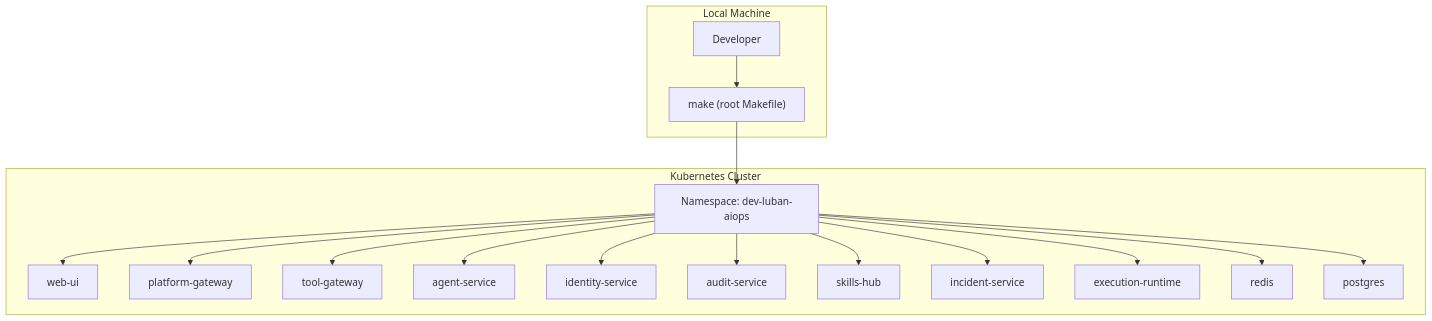
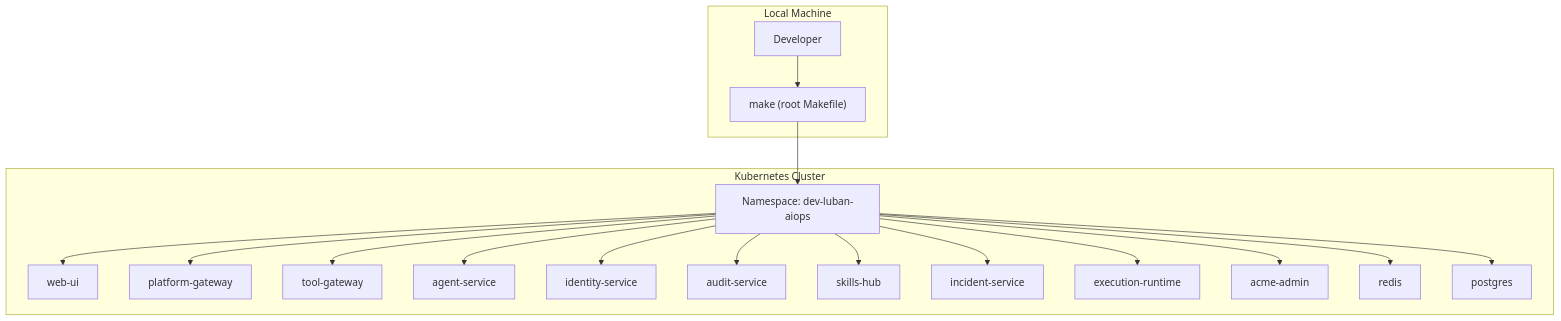
The first of 3 diagrams in .qoder/repowiki/en/content/Getting Started.md (metasync/luban-aiops), drawn with Mermaid before and after one commit. The commit also changed other lines of this file and 102 other files, not shown here.

````diff
--- a/.qoder/repowiki/en/content/Getting Started.md
+++ b/.qoder/repowiki/en/content/Getting Started.md
@@ -35,34 +57,36 @@
 ```mermaid
 graph TB
 subgraph "Local Machine"
 DEV["Developer"]
 MK["make (root Makefile)"]
 end
 subgraph "Kubernetes Cluster"
 NS["Namespace: dev-luban-aiops"]
 WEB["web-ui"]
 PGW["platform-gateway"]
 TGW["tool-gateway"]
 AGS["agent-service"]
 IDB["identity-service"]
 AUD["audit-service"]
 SKH["skills-hub"]
 INC["incident-service"]
 EXE["execution-runtime"]
+ACM["acme-admin"]
 RDS["redis"]
 PGR["postgres"]
 end
 DEV --> MK
 MK --> NS
 NS --> WEB
 NS --> PGW
 NS --> TGW
 NS --> AGS
 NS --> IDB
 NS --> AUD
 NS --> SKH
 NS --> INC
 NS --> EXE
+NS --> ACM
 NS --> RDS
 NS --> PGR
 ```
````
